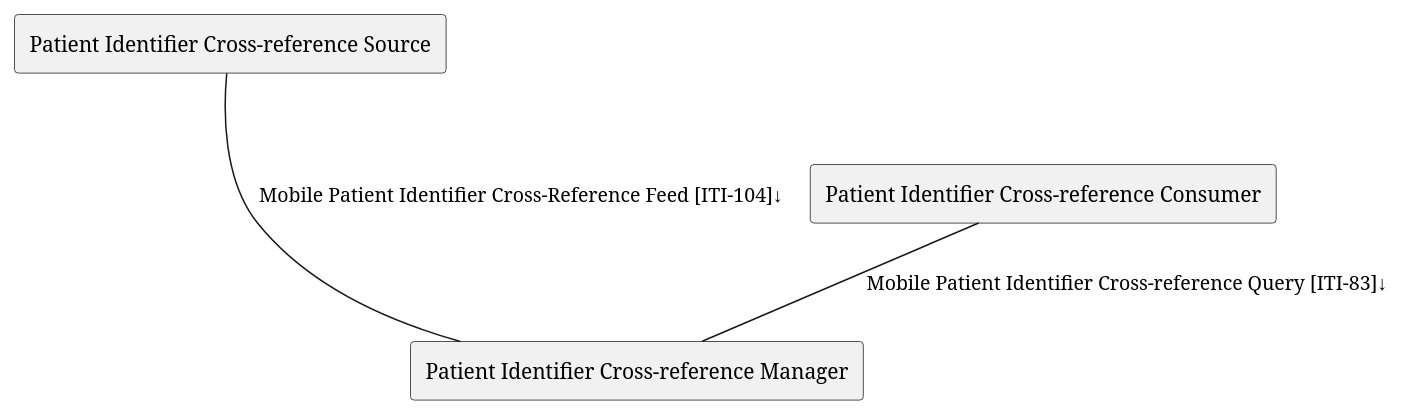
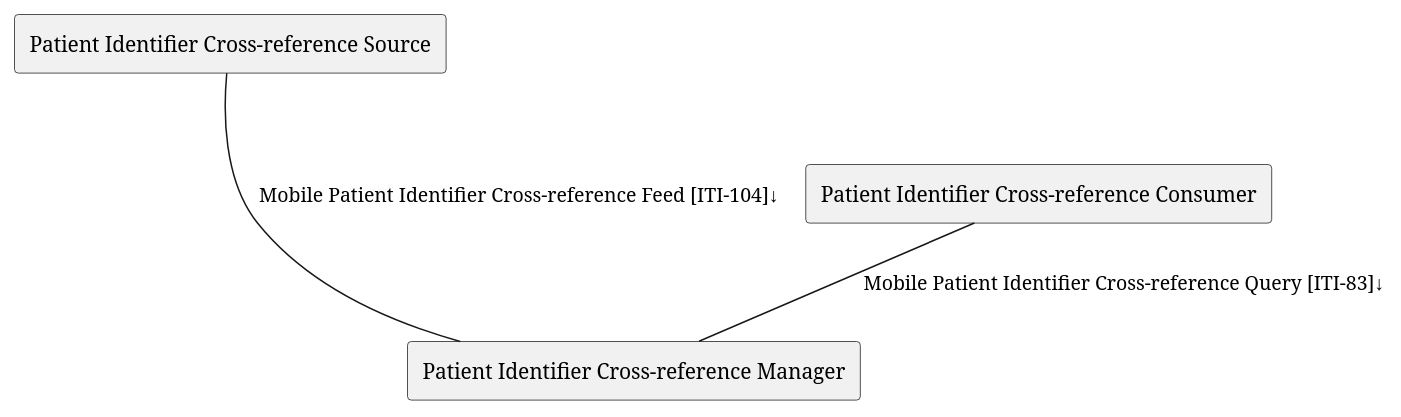
Before and after one commit to IHE/ITI.PIXm: the diagram in input/images-source/ActorsAndTransactions.plantuml, drawn with PlantUML. The commit also changed 14 other files, not shown here.

```diff
--- a/input/images-source/ActorsAndTransactions.plantuml
+++ b/input/images-source/ActorsAndTransactions.plantuml
@@ -1,11 +1,11 @@
 @startuml
 
 agent "Patient Identifier Cross-reference Source" as Source
 agent "Patient Identifier Cross-reference Consumer" as Consumer
 agent "Patient Identifier Cross-reference Manager" as Manager
 
 
-Source --- Manager: "Mobile Patient Identifier Cross-Reference Feed [ITI-104]↓"
+Source --- Manager: "Mobile Patient Identifier Cross-reference Feed [ITI-104]↓"
 Consumer -- Manager : "Mobile Patient Identifier Cross-reference Query [ITI-83]↓"
 
 @enduml
```
